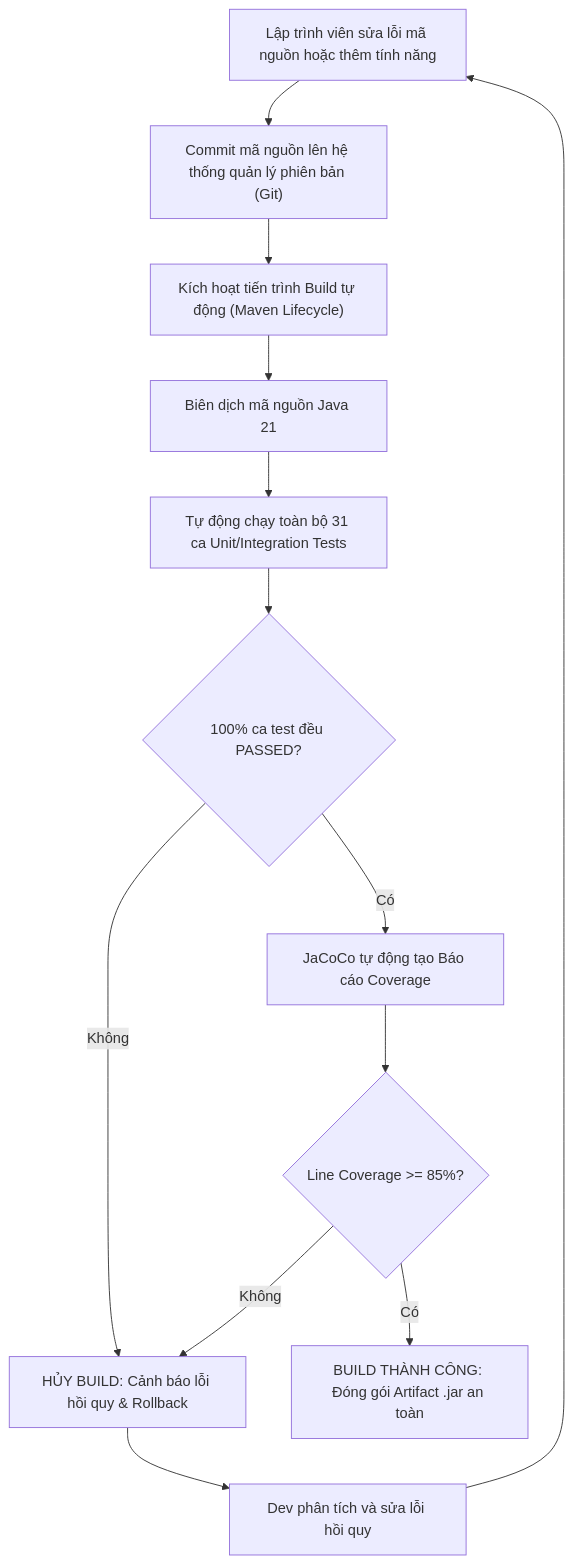
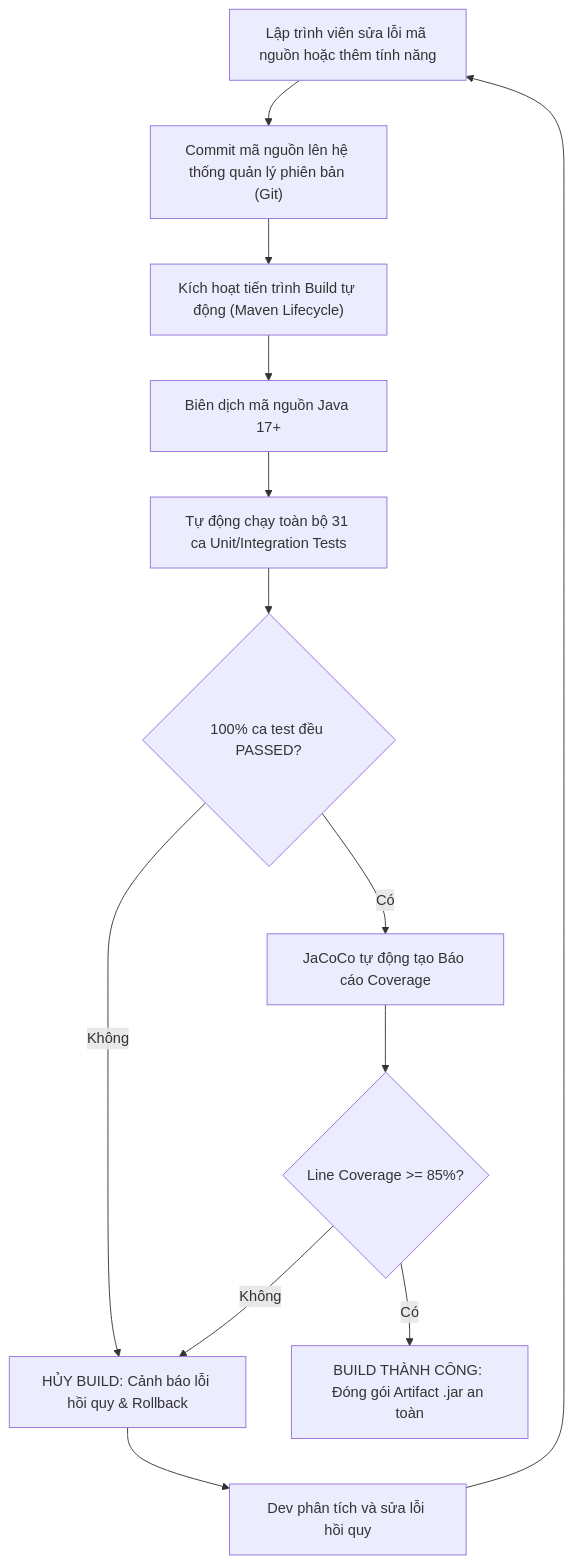
Diagram 16 of 27 in BAO_CAO_KIEM_DINH_CHAT_LUONG_PHAN_MEM_MINIBANK.md (ngthanhs1/Kiemthu_MiniBank), drawn with Mermaid before and after one commit. The commit also changed other lines of this file and 6 other files, not shown here.

````diff
--- a/BAO_CAO_KIEM_DINH_CHAT_LUONG_PHAN_MEM_MINIBANK.md
+++ b/BAO_CAO_KIEM_DINH_CHAT_LUONG_PHAN_MEM_MINIBANK.md
@@ -1060,13 +1060,13 @@
 ```mermaid
 flowchart TD
     Change["Lập trình viên sửa lỗi mã nguồn hoặc thêm tính năng"] --> Commit["Commit mã nguồn lên hệ thống quản lý phiên bản (Git)"]
     Commit --> BuildTrigger["Kích hoạt tiến trình Build tự động (Maven Lifecycle)"]
-    BuildTrigger --> Compile["Biên dịch mã nguồn Java 21"]
+    BuildTrigger --> Compile["Biên dịch mã nguồn Java 17+"]
     Compile --> ExecUnit["Tự động chạy toàn bộ 31 ca Unit/Integration Tests"]
     ExecUnit --> CheckPass{"100% ca test đều PASSED?"}
     CheckPass -- "Không" --> BuildFail["HỦY BUILD: Cảnh báo lỗi hồi quy & Rollback"] --> FixBack["Dev phân tích và sửa lỗi hồi quy"] --> Change
     CheckPass -- "Có" --> GenReport["JaCoCo tự động tạo Báo cáo Coverage"]
     GenReport --> CheckCov{"Line Coverage >= 85%?"}
     CheckCov -- "Không" --> BuildFail
     CheckCov -- "Có" --> BuildSuccess["BUILD THÀNH CÔNG: Đóng gói Artifact .jar an toàn"]
 ```
````
